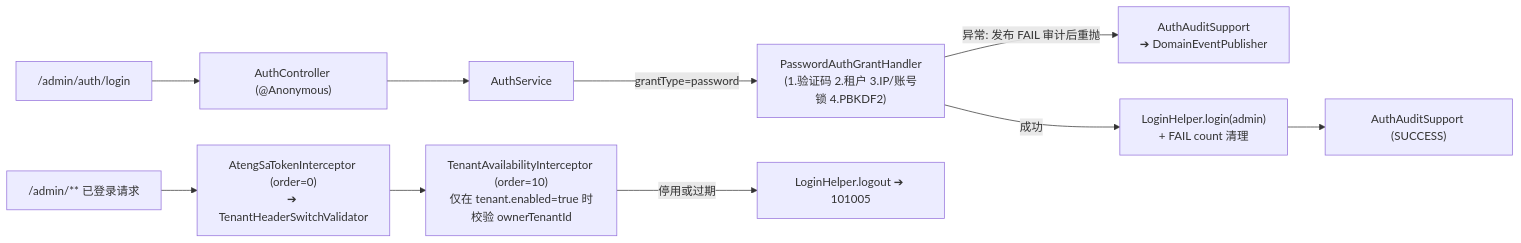
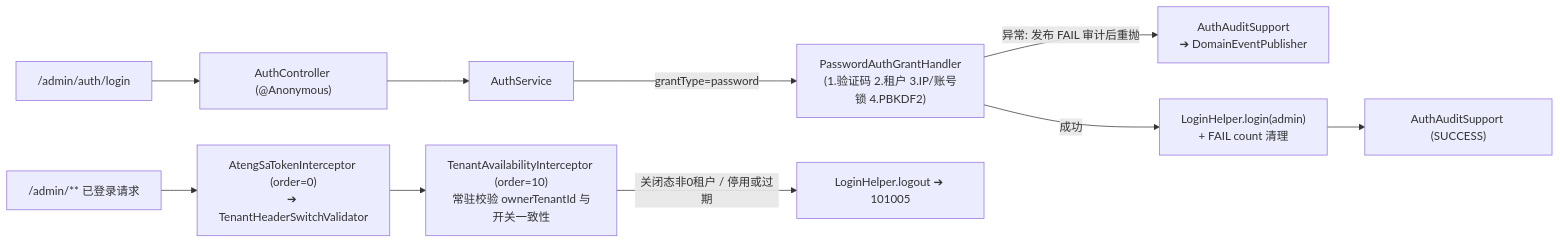
One commit to atengk/ateng-solid-server changed the diagram in ateng-solid-auth/README.md. Above: the diagram before and after it, drawn with Mermaid. The commit also changed other lines of this file and 21 other files, not shown here.

````diff
--- a/ateng-solid-auth/README.md
+++ b/ateng-solid-auth/README.md
@@ -31,13 +31,13 @@
 ```mermaid
 flowchart LR
     REQ["/admin/auth/login"] --> CTRL["AuthController (@Anonymous)"]
     CTRL --> SVC["AuthService"]
     SVC -->|"grantType=password"| HANDLER["PasswordAuthGrantHandler<br/>(1.验证码 2.租户 3.IP/账号锁 4.PBKDF2)"]
     HANDLER -->|"异常: 发布 FAIL 审计后重抛"| AUDIT["AuthAuditSupport<br/>➔ DomainEventPublisher"]
     HANDLER -->|"成功"| ISS["LoginHelper.login(admin)<br/>+ FAIL count 清理"]
     ISS --> AUDIT2["AuthAuditSupport (SUCCESS)"]
 
     REQ2["/admin/** 已登录请求"] --> SA["AtengSaTokenInterceptor (order=0)<br/>➔ TenantHeaderSwitchValidator"]
-    SA --> GUARD["TenantAvailabilityInterceptor (order=10)<br/>仅在 tenant.enabled=true 时校验 ownerTenantId"]
-    GUARD -->|"停用或过期"| KICK["LoginHelper.logout ➔ 101005"]
+    SA --> GUARD["TenantAvailabilityInterceptor (order=10)<br/>常驻校验 ownerTenantId 与开关一致性"]
+    GUARD -->|"关闭态非0租户 / 停用或过期"| KICK["LoginHelper.logout ➔ 101005"]
 ```
````
